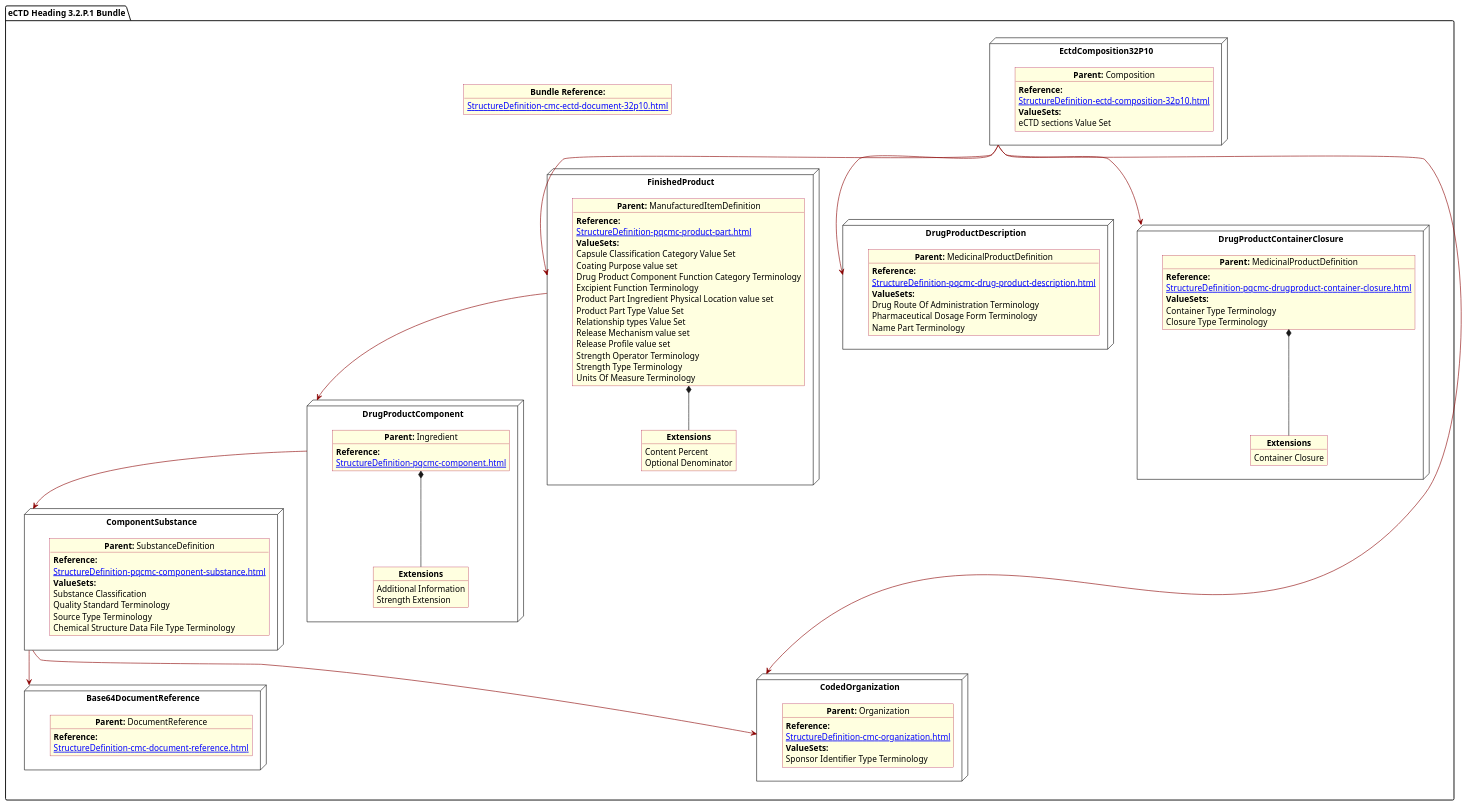
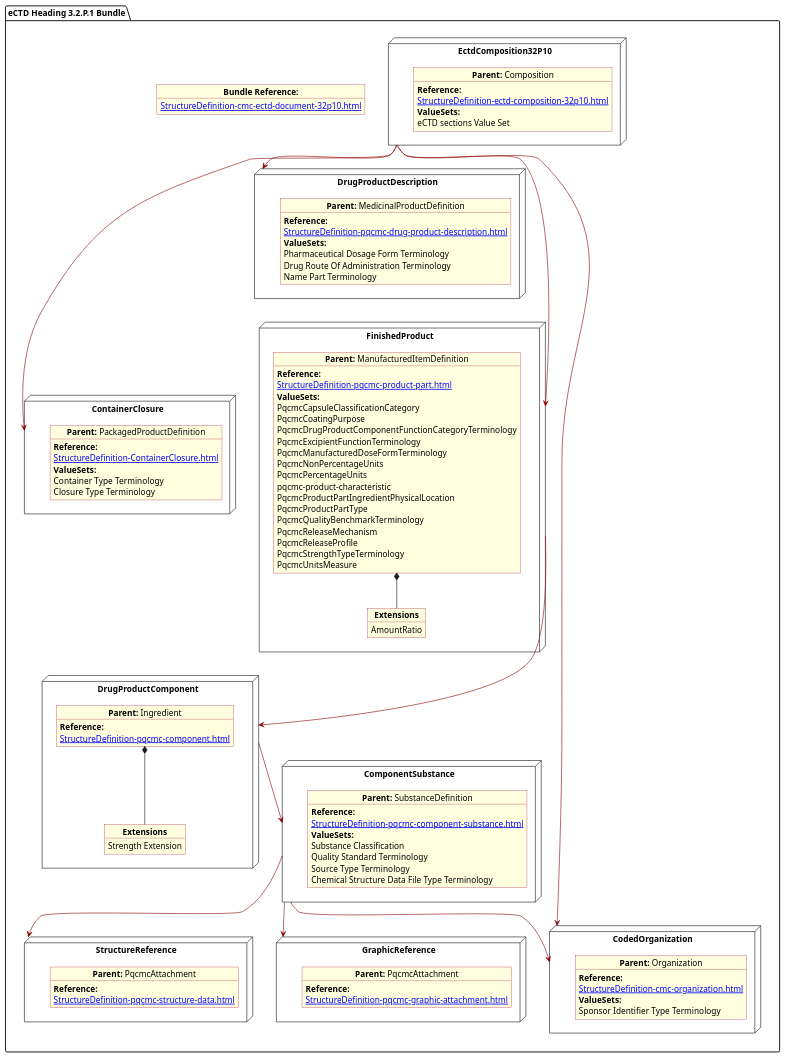
Before and after one commit to HL7/FHIR-us-pq-cmc-fda: the diagram in input/images-source/ProdDesComp.plantuml, drawn with PlantUML. The commit also changed 20 other files, not shown here.

Commit message:
diagrams and Manufactured Dose Form Terminology

```diff
--- a/input/images-source/ProdDesComp.plantuml
+++ b/input/images-source/ProdDesComp.plantuml
@@ -1,132 +1,137 @@
 @startuml ProdDesComp
 allowmixing
 'Mixed model of use case and object
 skinparam svgDimensionStyle false
 skinparam ObjectBackgroundColor LightYellow
 skinparam ObjectBorderColor #A80036
 skinparam activityDiamondBorderColor #A80036
 skinparam activityDiamondBackgroundColor lawnGreen
 skinparam ClassBorderThickness 4
 
 package "eCTD Heading 3.2.P.1 Bundle" as NODES {
-  object "**Bundle Reference:**" as objbun {
-    [[StructureDefinition-cmc-ectd-document-32p10.html]]
+  node "ContainerClosure" as N21 {
+
+    object "**Parent:** PackagedProductDefinition" as obj22 {
+      **Reference:**
+      [[StructureDefinition-ContainerClosure.html]]
+      **ValueSets:**
+      Container Type Terminology
+      Closure Type Terminology
+    }
   }
 
+  node "DrugProductDescription" as N2 {
+
+    object "**Parent:** MedicinalProductDefinition" as obj2 {
+      **Reference:**
+      [[StructureDefinition-pqcmc-drug-product-description.html]]
+      **ValueSets:**
+      Pharmaceutical Dosage Form Terminology
+      Drug Route Of Administration Terminology
+      Name Part Terminology
+    }
+  }
 
   node "FinishedProduct"as MID {
     object "**Parent:** ManufacturedItemDefinition" as objMID {
 
       **Reference:**
       [[StructureDefinition-pqcmc-product-part.html]]
       **ValueSets:**
-      Capsule Classification Category Value Set
-      Coating Purpose value set
-      Drug Product Component Function Category Terminology
-      Excipient Function Terminology
-      Product Part Ingredient Physical Location value set
-      Product Part Type Value Set
-      Relationship types Value Set
-      Release Mechanism value set
-      Release Profile value set
-      Strength Operator Terminology
-      Strength Type Terminology
-      Units Of Measure Terminology
+      PqcmcCapsuleClassificationCategory
+      PqcmcCoatingPurpose
+      PqcmcDrugProductComponentFunctionCategoryTerminology
+      PqcmcExcipientFunctionTerminology
+      PqcmcManufacturedDoseFormTerminology
+      PqcmcNonPercentageUnits
+      PqcmcPercentageUnits
+      pqcmc-product-characteristic
+      PqcmcProductPartIngredientPhysicalLocation
+      PqcmcProductPartType
+      PqcmcQualityBenchmarkTerminology
+      PqcmcReleaseMechanism
+      PqcmcReleaseProfile
+      PqcmcStrengthTypeTerminology
+      PqcmcUnitsMeasure
     }
-        object "**Extensions**" as objMIDExs {
-      Content Percent
-      Optional Denominator
+    object "**Extensions**" as objMIDExs {
+      AmountRatio
     }
     objMID *-- objMIDExs
   }
-
   node "DrugProductComponent" as NN {
 
     object "**Parent:** Ingredient" as obj3 {
       **Reference:**
       [[StructureDefinition-pqcmc-component.html]]
     }
     object "**Extensions**" as objExs {
-      Additional Information
       Strength Extension
     }
     obj3 *-- objExs
   }
 
   node "ComponentSubstance" as NCS {
 
     object "**Parent:** SubstanceDefinition" as objSubDef {
       **Reference:**
       [[StructureDefinition-pqcmc-component-substance.html]]
       **ValueSets:**
       Substance Classification
       Quality Standard Terminology
       Source Type Terminology
       Chemical Structure Data File Type Terminology
     }
   }
-  node "Base64DocumentReference" as NB64 {
+  object "**Bundle Reference:**" as objbun {
+    [[StructureDefinition-cmc-ectd-document-32p10.html]]
+  }
+  node "StructureReference" as NB642 {
 
-    object "**Parent:** DocumentReference"  as obj64 {
+    object "**Parent:** PqcmcAttachment"  as obj642 {
 
       **Reference:**
-      [[StructureDefinition-cmc-document-reference.html]]
+      [[StructureDefinition-pqcmc-structure-data.html]]
     }
 
   }
+  node "GraphicReference" as NB64 {
 
-    node "DrugProductDescription" as N2 {
+    object "**Parent:** PqcmcAttachment"  as obj64 {
 
-    object "**Parent:** MedicinalProductDefinition" as obj2 {
       **Reference:**
-      [[StructureDefinition-pqcmc-drug-product-description.html]]
+      [[StructureDefinition-pqcmc-graphic-attachment.html]]
+    }
+
+  }
+  node "CodedOrganization" as NSO {
+
+    object "**Parent:** Organization" as objAu {
+      **Reference:**
+      [[StructureDefinition-cmc-organization.html]]
       **ValueSets:**
-      Drug Route Of Administration Terminology
-      Pharmaceutical Dosage Form Terminology
-      Name Part Terminology
+      Sponsor Identifier Type Terminology
     }
   }
+
   node "EctdComposition32P10" as N1 {
 
     object "**Parent:** Composition" as obj1 {
       **Reference:**
       [[StructureDefinition-ectd-composition-32p10.html]]
       **ValueSets:**
       eCTD sections Value Set
     }
 
   }
-  node "DrugProductContainerClosure" as N21 {
-
-    object "**Parent:** MedicinalProductDefinition" as obj22 {
-      **Reference:**
-      [[StructureDefinition-pqcmc-drugproduct-container-closure.html]]
-      **ValueSets:**
-      Container Type Terminology
-      Closure Type Terminology
-    }
-    object "**Extensions**" as objEx {
-      Container Closure
-    }
-    obj22 *-- objEx
-  }
-
-  node "CodedOrganization" as NSO {
-
-    object "**Parent:** Organization" as objAu {
-      **Reference:**
-      [[StructureDefinition-cmc-organization.html]]
-      **ValueSets:**
-      Sponsor Identifier Type Terminology
-    }
-  }
 
   N1 -[#darkred]-> N2
-  N1 -[#darkred]-> MID
+  N1 -[#darkred]--> MID
   N1 -[#darkred]-> NSO
-  N1 -[#darkred]-> N21
-  MID -[#darkred]-> NN
+  N1 -[#darkred]-->  N21
+  MID -[#darkred]--> NN
   NCS -[#darkred]-> NSO
   NN -[#darkred]-> NCS
   NCS -[#darkred]-> NB64
+  NCS -[#darkred]-> NB642
   @enduml
```
